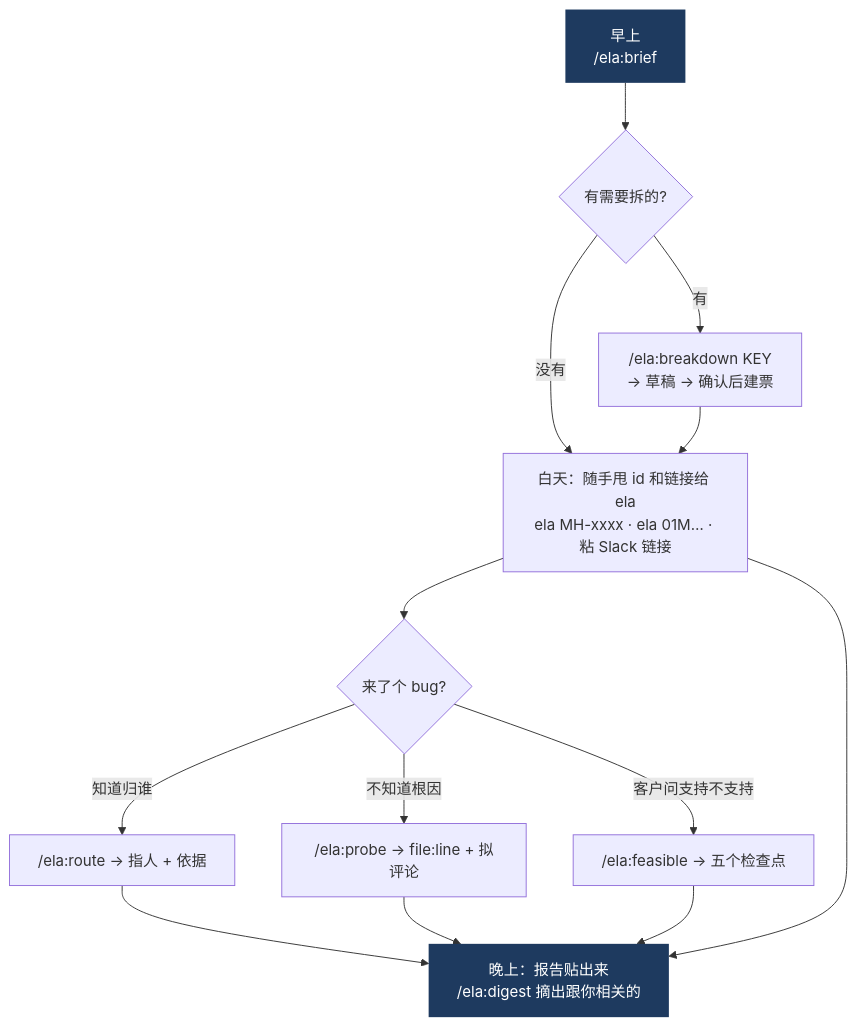
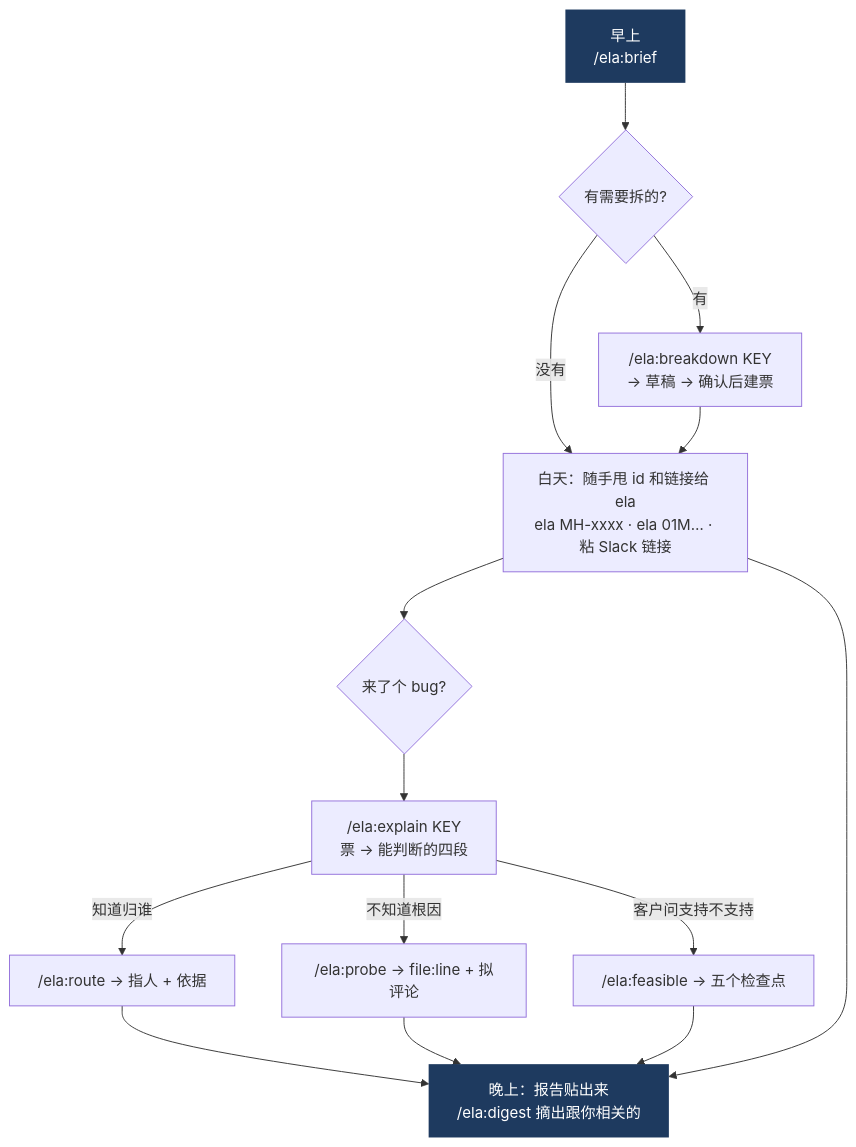
One commit to tvuevanli/tvu-ela changed the fourth of 4 diagrams in docs/manual.md. Above: the diagram before and after it, drawn with Mermaid. The commit also changed other lines of this file and 2 other files, not shown here.

Commit message:
skills: a ticket is made judgeable before it is routed, probed or split
The judgment skills all start after the ticket is understood, so a ticket
arriving from another person's hands had no first step. Its runtime instance,
whether the fix it names still exists in HEAD, and the decisions that stayed in
the thread are all invisible on the ticket face, and a conclusion drawn from the
face alone cannot be reviewed by the person accountable for it. explain is that
step: four blocks, read-only, output cited by whoever acts next and archived
nowhere. Registered as S17 and placed before the bug fork in the manual, per the
admission test in ADR 0006.

````diff
--- a/docs/manual.md
+++ b/docs/manual.md
@@ -185,17 +187,18 @@
 ```mermaid
 flowchart TD
   M["早上<br>/ela:brief"] --> M2{"有需要拆的?"}
   M2 -->|"有"| BD["/ela:breakdown KEY<br>→ 草稿 → 确认后建票"]
   M2 -->|"没有"| D
   BD --> D["白天：随手甩 id 和链接给 ela<br>ela MH-xxxx · ela 01M… · 粘 Slack 链接"]
   D --> BUG{"来了个 bug?"}
-  BUG -->|"知道归谁"| RO["/ela:route → 指人 + 依据"]
-  BUG -->|"不知道根因"| PR["/ela:probe → file:line + 拟评论"]
-  BUG -->|"客户问支持不支持"| FE["/ela:feasible → 五个检查点"]
+  BUG --> EX["/ela:explain KEY<br>票 → 能判断的四段"]
+  EX -->|"知道归谁"| RO["/ela:route → 指人 + 依据"]
+  EX -->|"不知道根因"| PR["/ela:probe → file:line + 拟评论"]
+  EX -->|"客户问支持不支持"| FE["/ela:feasible → 五个检查点"]
   RO --> EV
   PR --> EV["晚上：报告贴出来<br>/ela:digest 摘出跟你相关的"]
   FE --> EV
   D --> EV
   classDef m fill:#1e3a5f,color:#fff,stroke:none
   class M,EV m
 ```
````
